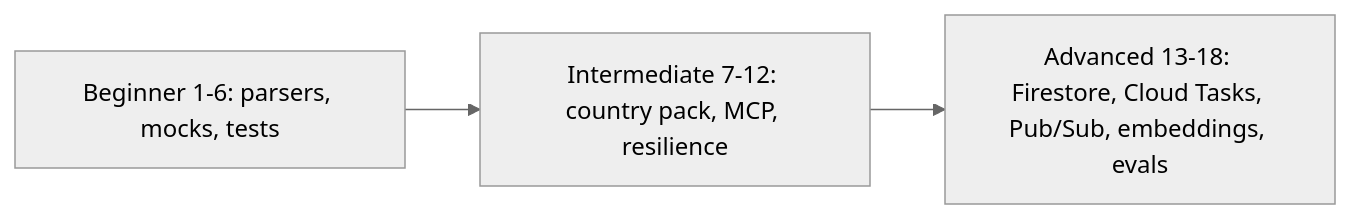
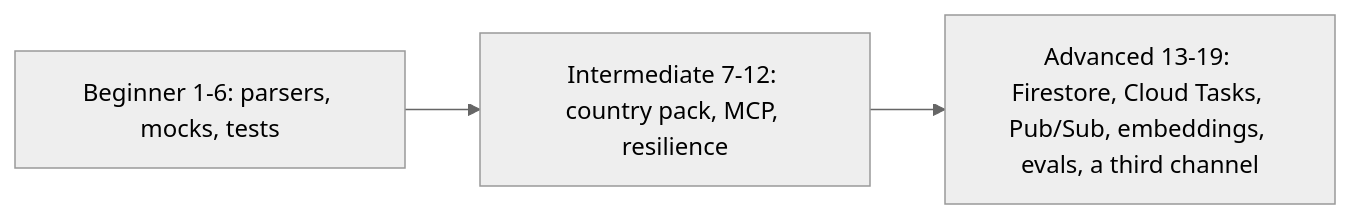
The diagram in learn/master/exercises.md (galihsatriawan/etalase), drawn with Mermaid (neutral theme) before and after one commit. The commit also changed other lines of this file and 106 other files, not shown here.

````diff
--- a/learn/master/exercises.md
+++ b/learn/master/exercises.md
@@ -27,5 +27,5 @@
 ```mermaid
 flowchart LR
   B["Beginner 1-6: parsers, mocks, tests"] --> I["Intermediate 7-12: country pack, MCP, resilience"]
-  I --> A["Advanced 13-18: Firestore, Cloud Tasks, Pub/Sub, embeddings, evals"]
+  I --> A["Advanced 13-19: Firestore, Cloud Tasks, Pub/Sub, embeddings, evals, a third channel"]
 ```
````
